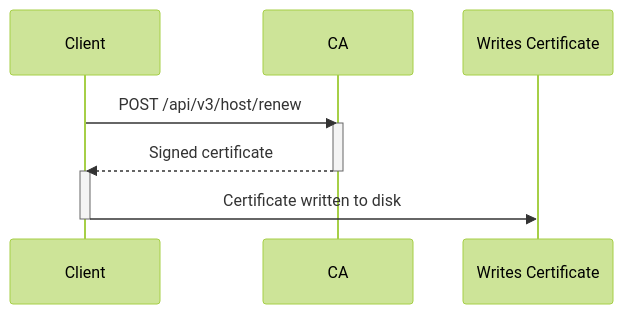
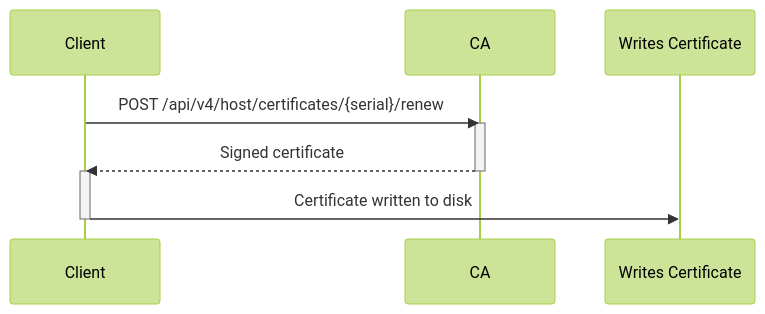
One commit to andrewheberle/serverless-ssh-ca changed the fourth of 4 diagrams in packages/core/README.md. Above: the diagram before and after it, drawn with Mermaid (forest theme). The commit also changed other lines of this file, not shown here.

Commit message:
chore(docs): update examples in README for v4 api (#498)

````diff
--- a/packages/core/README.md
+++ b/packages/core/README.md
@@ -244,10 +244,10 @@
 ```mermaid
 sequenceDiagram
-    Client->>CA: POST /api/v3/host/renew
+    Client->>CA: POST /api/v4/host/certificates/{serial}/renew
     activate CA
     CA-->>Client: Signed certificate
     deactivate CA
     activate Client
     Client->>Writes Certificate: Certificate written to disk
     deactivate Client
 ```
````
